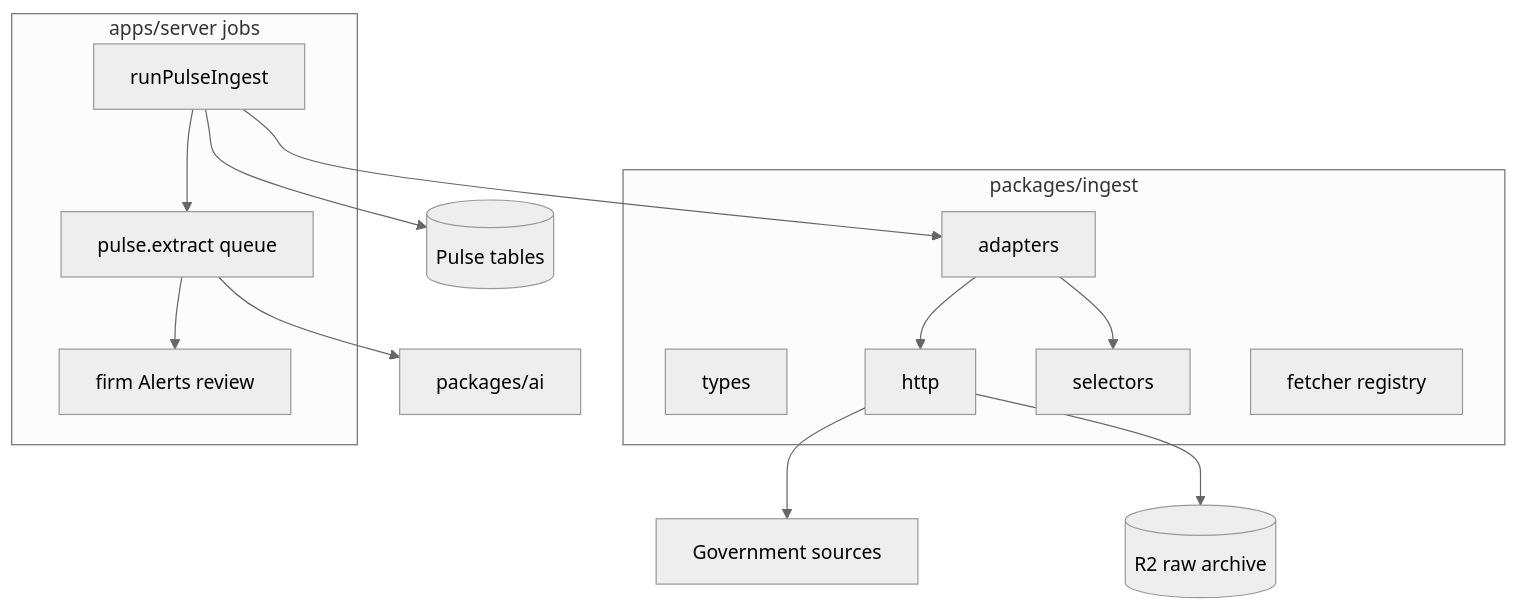
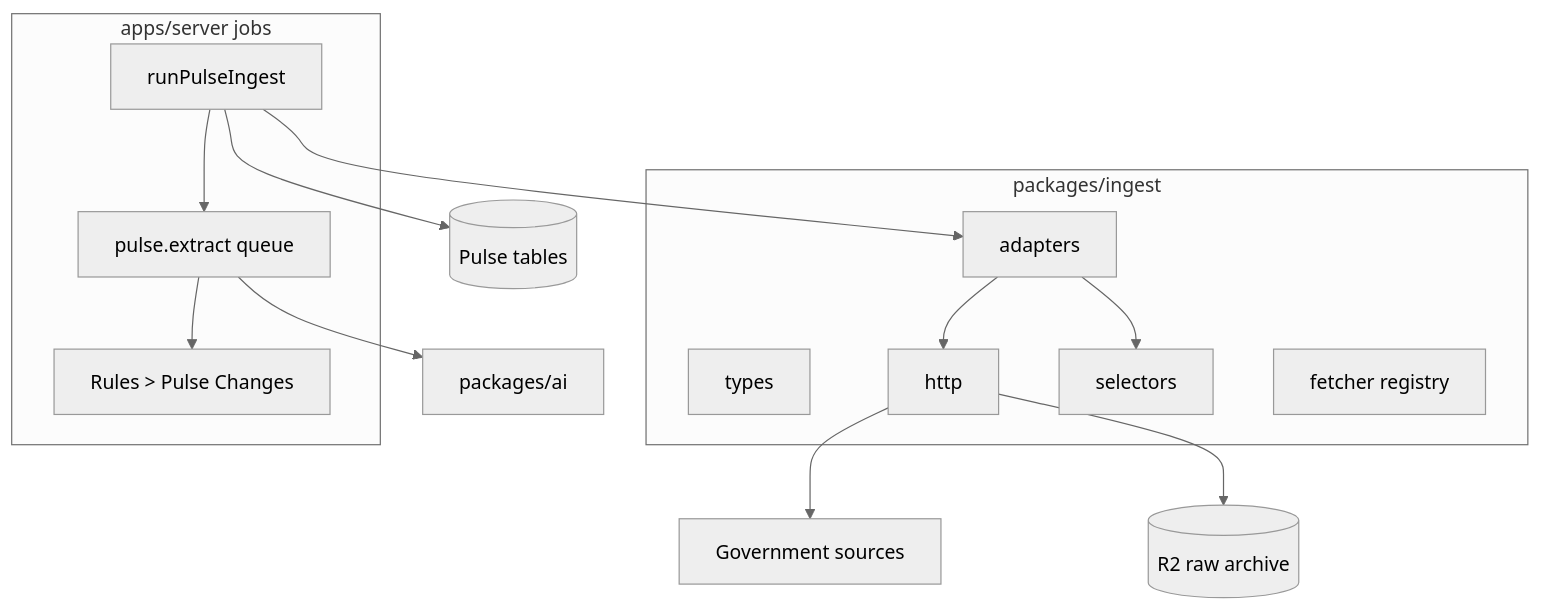
The fourth of 4 diagrams in docs/project-modules/10-ingest-pulse-sources.md (langgenius/due-date-hq-jhx-lyz), drawn with Mermaid (neutral theme) before and after one commit. The commit also changed 30 other files, not shown here.

Commit message:
refactor(pulse): remove Alerts route and integrate Pulse Changes into Rules, updating navigation and UI elements accordingly

````diff
--- a/docs/project-modules/10-ingest-pulse-sources.md
+++ b/docs/project-modules/10-ingest-pulse-sources.md
@@ -137,31 +137,31 @@
 ```mermaid
 flowchart TB
   subgraph Ingest["packages/ingest"]
     Types["types"]
     Adapters["adapters"]
     HTTP["http"]
     Selectors["selectors"]
     Fetcher["fetcher registry"]
   end
 
   subgraph Server["apps/server jobs"]
     Cron["runPulseIngest"]
     Extract["pulse.extract queue"]
-    Alerts["firm Alerts review"]
+    PulseChanges["Rules > Pulse Changes"]
   end
 
   Sources["Government sources"]
   R2[("R2 raw archive")]
   D1[("Pulse tables")]
   AI["packages/ai"]
 
   Cron --> Adapters
   Adapters --> HTTP
   HTTP --> Sources
   HTTP --> R2
   Adapters --> Selectors
   Cron --> D1
   Cron --> Extract
   Extract --> AI
-  Extract --> Alerts
+  Extract --> PulseChanges
 ```
````
